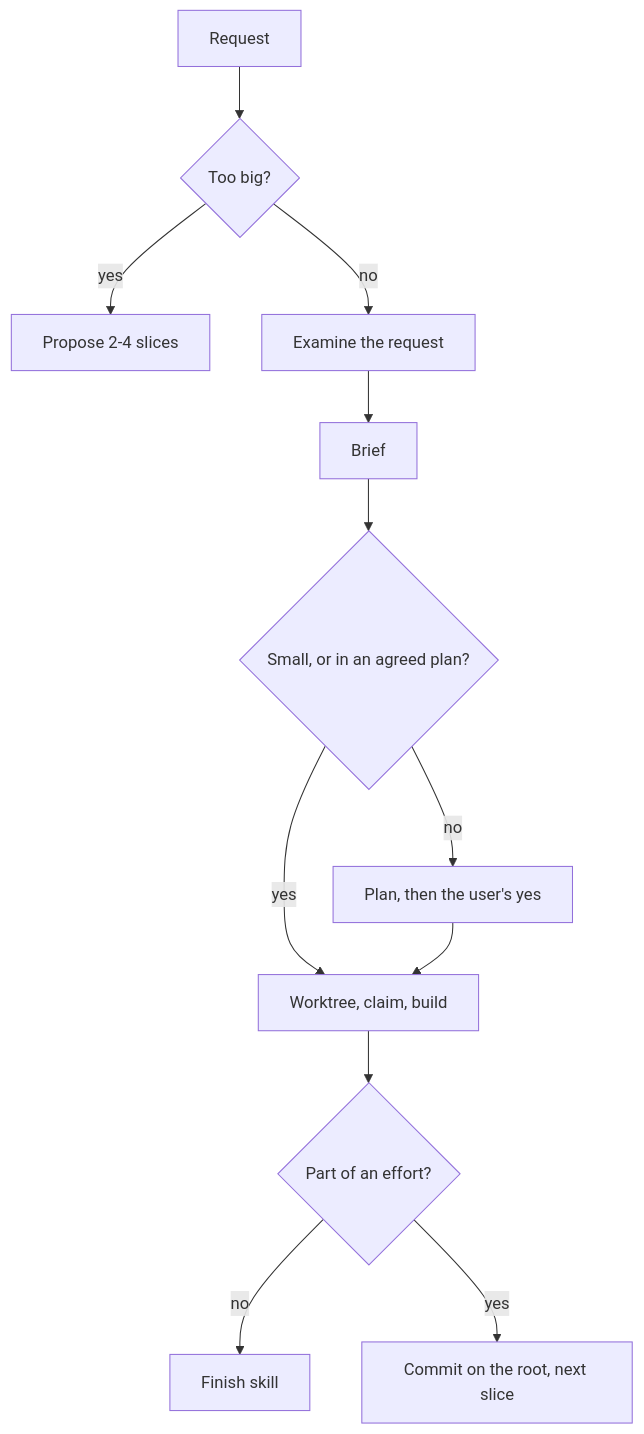
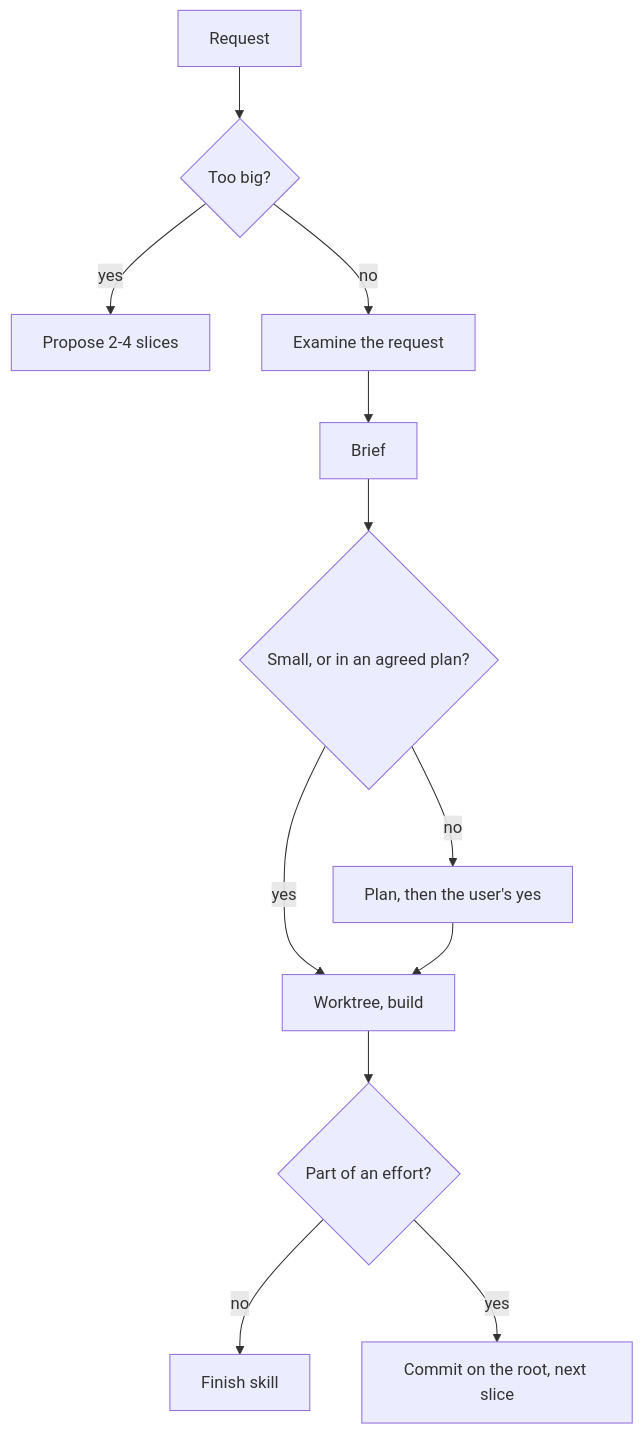
Before and after one commit to Konfus-org/Magic: the diagram in docs/skills/slice/SKILL.md, drawn with Mermaid. The commit also changed other lines of this file and 12 other files, not shown here.

````diff
--- a/docs/skills/slice/SKILL.md
+++ b/docs/skills/slice/SKILL.md
@@ -12,12 +12,12 @@
 ```mermaid
 flowchart TD
     Request --> Size{Too big?}
     Size -- yes --> Split[Propose 2-4 slices]
     Size -- no --> Check[Examine the request] --> Brief
     Brief --> Agreed{Small, or in an agreed plan?}
-    Agreed -- yes --> Build[Worktree, claim, build]
+    Agreed -- yes --> Build[Worktree, build]
     Agreed -- no --> Plan[Plan, then the user's yes] --> Build
     Build --> One{Part of an effort?}
     One -- no --> Finish[Finish skill]
     One -- yes --> Root[Commit on the root, next slice]
 ```
````
